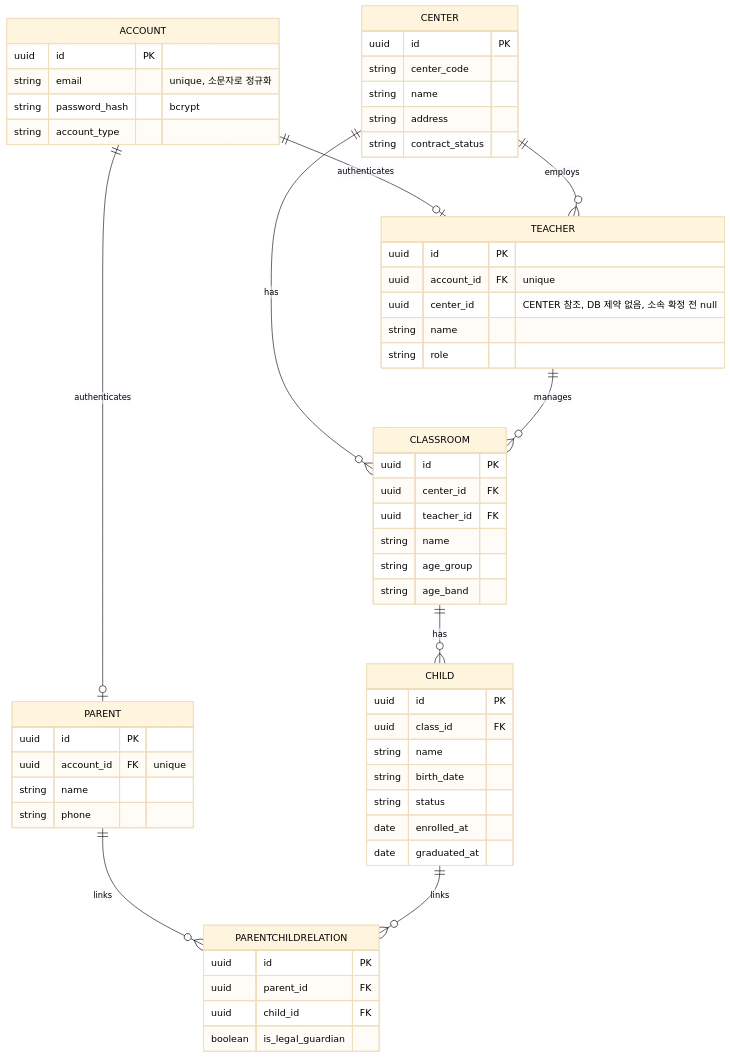
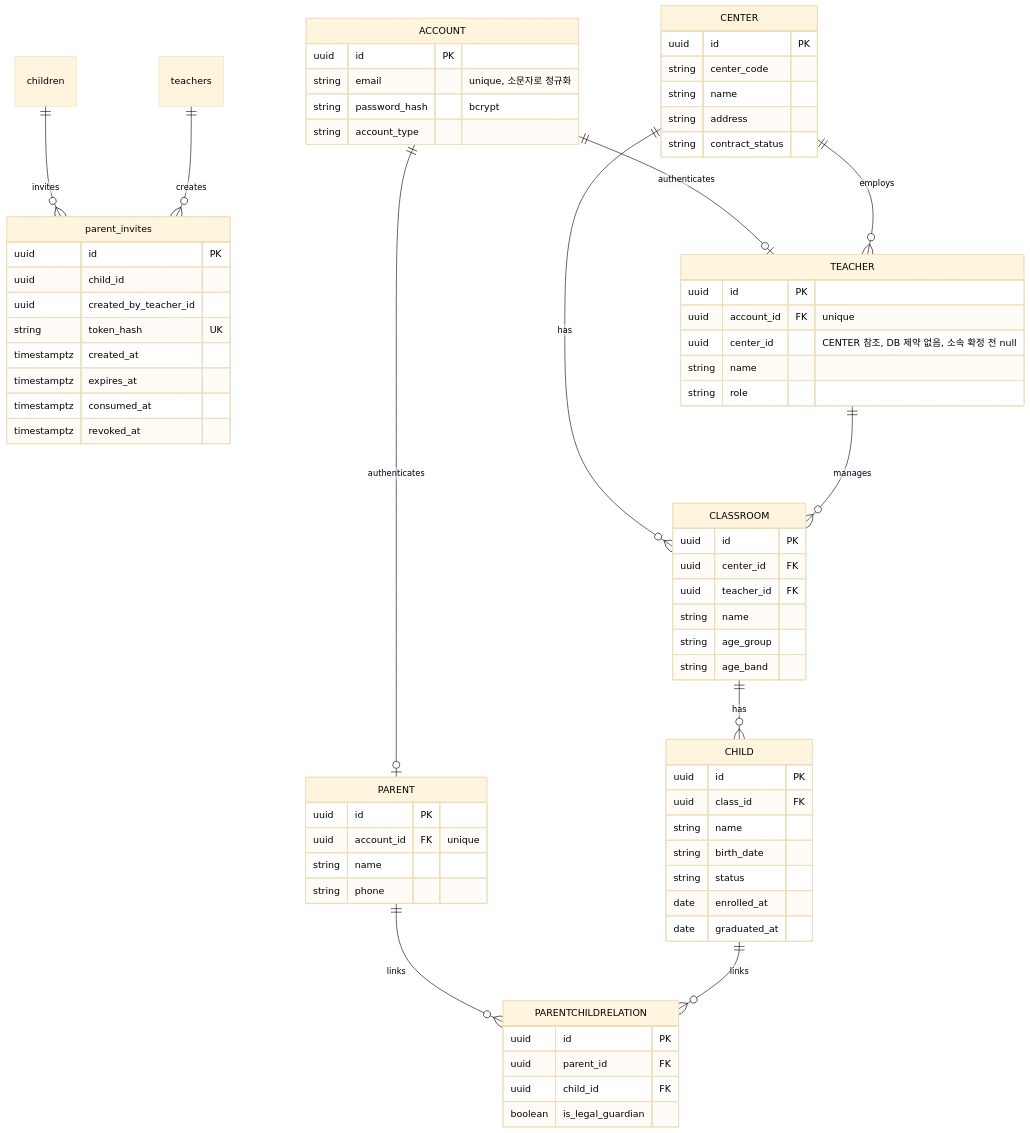
The first of 9 diagrams in docs/테크스펙.md (kakaotechcampus-4/ktc4-chungnam-4), drawn with Mermaid before and after one commit. The commit also changed other lines of this file and 2 other files, not shown here.

Commit message:
docs: define parent invite acceptance contract
FR-28과 #225에서 동의한 해시 보관·원자적 수락 계약을 구현 전에 명시합니다.

````diff
--- a/docs/테크스펙.md
+++ b/docs/테크스펙.md
@@ -413,61 +414,73 @@
 ```mermaid
 %%{init: {'theme':'base', 'themeVariables': {'primaryTextColor':'#000000','textColor':'#000000','lineColor':'#000000'}}}%%
 erDiagram
+    children ||--o{ parent_invites : invites
+    teachers ||--o{ parent_invites : creates
+    parent_invites {
+        uuid id PK
+        uuid child_id
+        uuid created_by_teacher_id
+        string token_hash UK
+        timestamptz created_at
+        timestamptz expires_at
+        timestamptz consumed_at
+        timestamptz revoked_at
+    }
   ACCOUNT {
     uuid id PK
     string email "unique, 소문자로 정규화"
     string password_hash "bcrypt"
     string account_type
   }
   CENTER {
     uuid id PK
     string center_code
     string name
     string address
     string contract_status
   }
   CLASSROOM {
     uuid id PK
     uuid center_id FK
     uuid teacher_id FK
     string name
     string age_group
     string age_band
   }
   TEACHER {
     uuid id PK
     uuid account_id FK "unique"
     uuid center_id "CENTER 참조, DB 제약 없음, 소속 확정 전 null"
     string name
     string role
   }
     CHILD {
     uuid id PK
     uuid class_id FK
     string name
     string birth_date
     string status
     date enrolled_at
     date graduated_at
   }
   PARENT {
     uuid id PK
     uuid account_id FK "unique"
     string name
     string phone
   }
   PARENTCHILDRELATION {
     uuid id PK
     uuid parent_id FK
     uuid child_id FK
     boolean is_legal_guardian
   }
   ACCOUNT ||--o| TEACHER : authenticates
   ACCOUNT ||--o| PARENT : authenticates
   CENTER ||--o{ CLASSROOM : has
   CENTER ||--o{ TEACHER : employs
   TEACHER ||--o{ CLASSROOM : manages
   CLASSROOM ||--o{ CHILD : has
   PARENT ||--o{ PARENTCHILDRELATION : links
   CHILD ||--o{ PARENTCHILDRELATION : links
 ```
````
